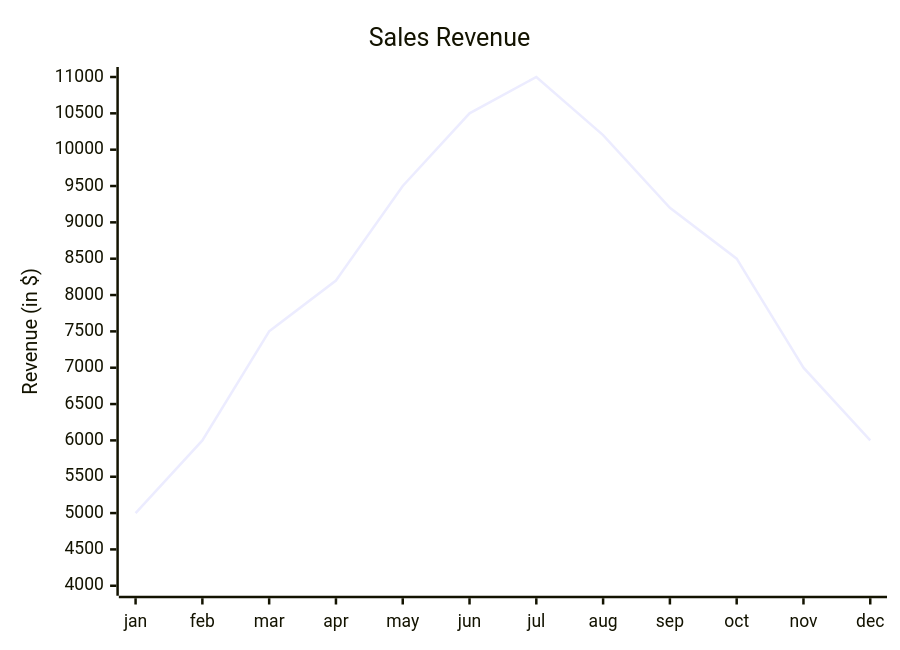
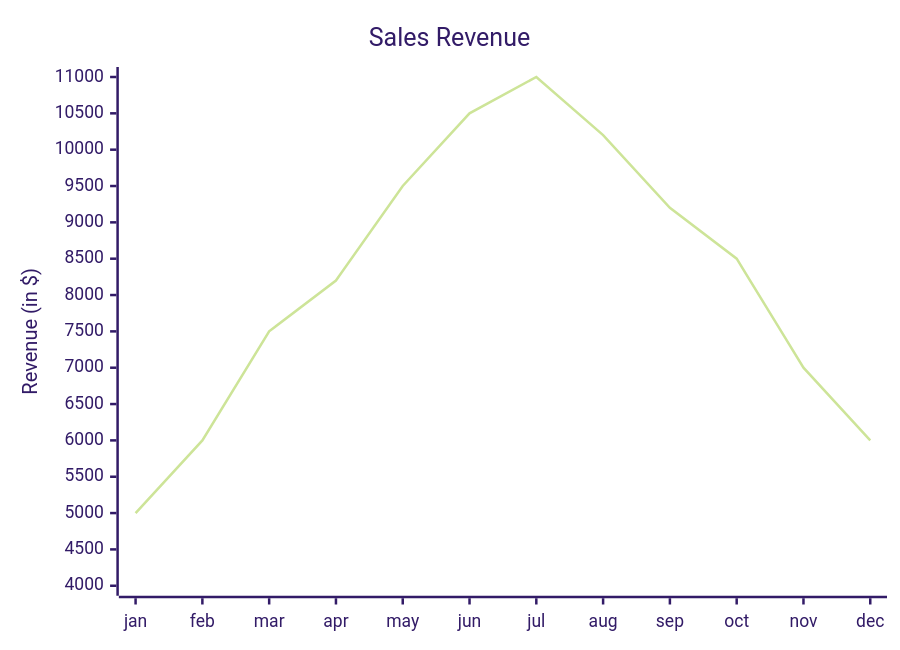
The diagram in README.md (craigers521/mermaid-test), drawn with Mermaid before and after one commit. The commit also changed 1 other file, not shown here.

Commit message:
theme test

````diff
--- a/README.md
+++ b/README.md
@@ -3,7 +3,8 @@
 ```mermaid
 xychart-beta
     title "Sales Revenue"
     x-axis [jan, feb, mar, apr, may, jun, jul, aug, sep, oct, nov, dec]
     y-axis "Revenue (in $)" 4000 --> 11000
     line [5000, 6000, 7500, 8200, 9500, 10500, 11000, 10200, 9200, 8500, 7000, 6000]
+    %%{init: {'theme':'forest'}}%%
 ```
````
